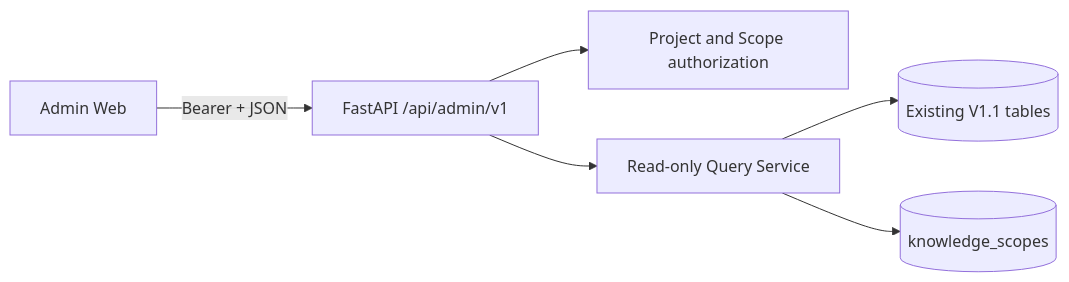
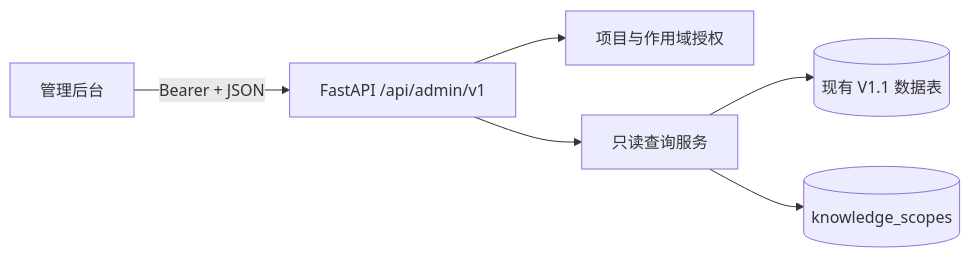
One commit to Mrliuzp/CodexMemory changed the diagram in docs/v1.2/architecture.md. Above: the diagram before and after it, drawn with Mermaid. The commit also changed other lines of this file and 41 other files, not shown here.

````diff
--- a/docs/v1.2/architecture.md
+++ b/docs/v1.2/architecture.md
@@ -5,8 +5,8 @@
 ```mermaid
 flowchart LR
-  Browser[Admin Web] -->|Bearer + JSON| API[FastAPI /api/admin/v1]
-  API --> Auth[Project and Scope authorization]
-  API --> Query[Read-only Query Service]
-  Query --> DB[(Existing V1.1 tables)]
+  Browser[管理后台] -->|Bearer + JSON| API[FastAPI /api/admin/v1]
+  API --> Auth[项目与作用域授权]
+  API --> Query[只读查询服务]
+  Query --> DB[(现有 V1.1 数据表)]
   Query --> Scope[(knowledge_scopes)]
 ```
````
